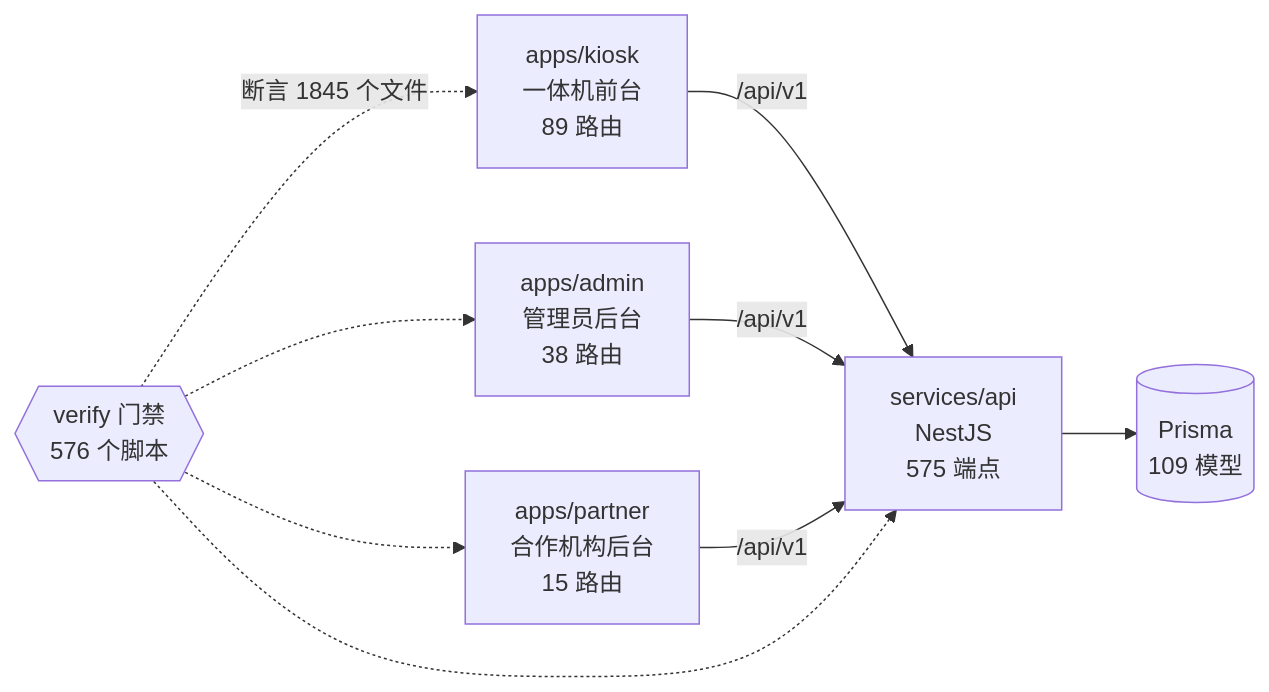
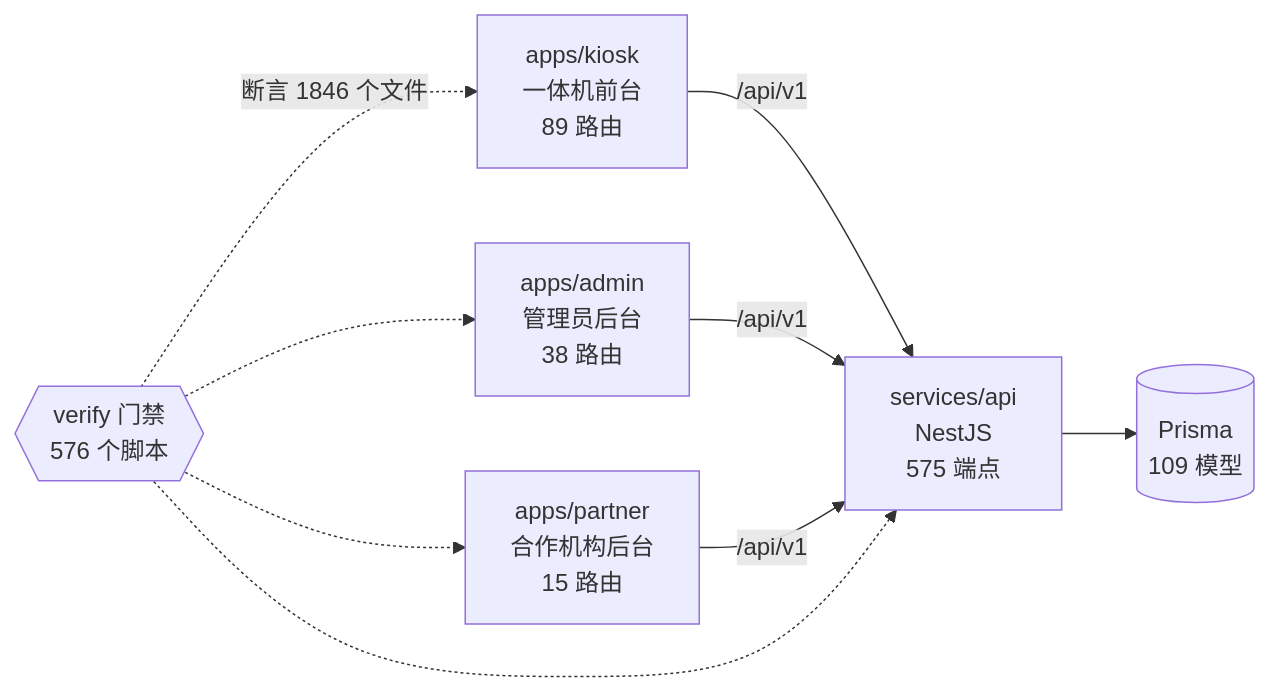
One commit to wanglei581/YITIJI changed the diagram in docs/graph/README.md. Above: the diagram before and after it, drawn with Mermaid. The commit also changed other lines of this file and 10 other files, not shown here.

````diff
--- a/docs/graph/README.md
+++ b/docs/graph/README.md
@@ -68,18 +68,18 @@
 ```mermaid
 flowchart LR
   kiosk["apps/kiosk<br/>一体机前台<br/>89 路由"]
   admin["apps/admin<br/>管理员后台<br/>38 路由"]
   partner["apps/partner<br/>合作机构后台<br/>15 路由"]
   api["services/api<br/>NestJS<br/>575 端点"]
   db[("Prisma<br/>109 模型")]
   gates{{"verify 门禁<br/>576 个脚本"}}
 
   kiosk -->|"/api/v1"| api
   admin -->|"/api/v1"| api
   partner -->|"/api/v1"| api
   api --> db
-  gates -.->|"断言 1845 个文件"| kiosk
+  gates -.->|"断言 1846 个文件"| kiosk
   gates -.-> admin
   gates -.-> partner
   gates -.-> api
 ```
````
